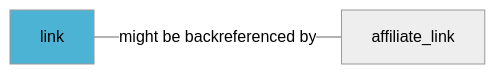
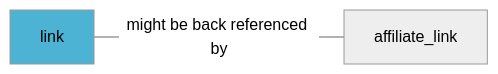
The diagram in docs/fields/link.md (Prisjakt/feed-specification), drawn with Mermaid before and after one commit. The commit also changed 13 other files, not shown here.

````diff
--- a/docs/fields/link.md
+++ b/docs/fields/link.md
@@ -24,10 +24,10 @@
 ```mermaid
 %%{init: {'theme':'neutral'}}%%
 flowchart LR
-link -- might be backreferenced by  --- affiliate_link
+link -- might be back referenced by  --- affiliate_link
   click affiliate_link "/fields/affiliate_link" "affiliate_link" _blank
    
   
   click link "/fields/link" "link" _blank
   style link fill:#4cb3d4
 ```
````
